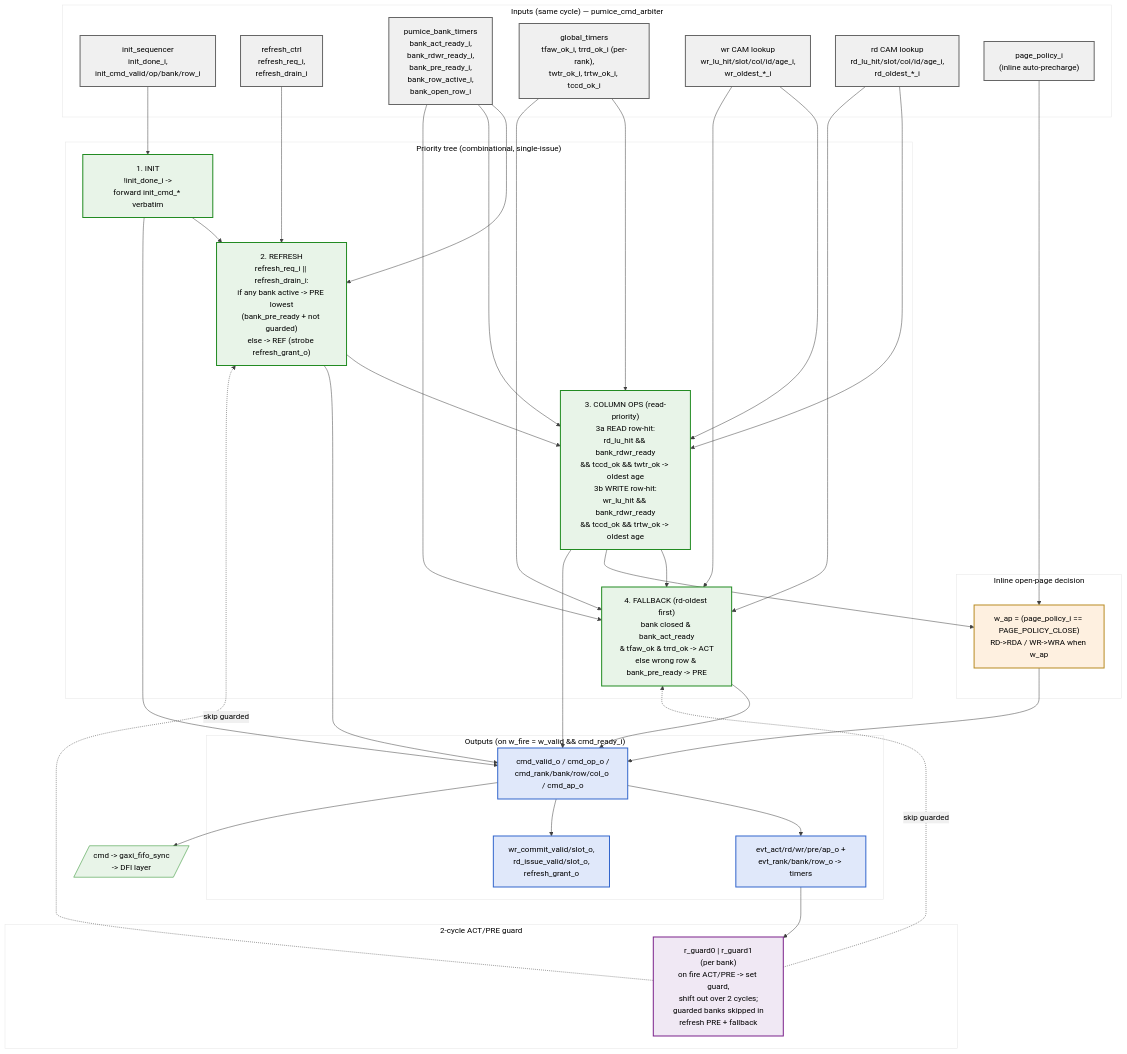
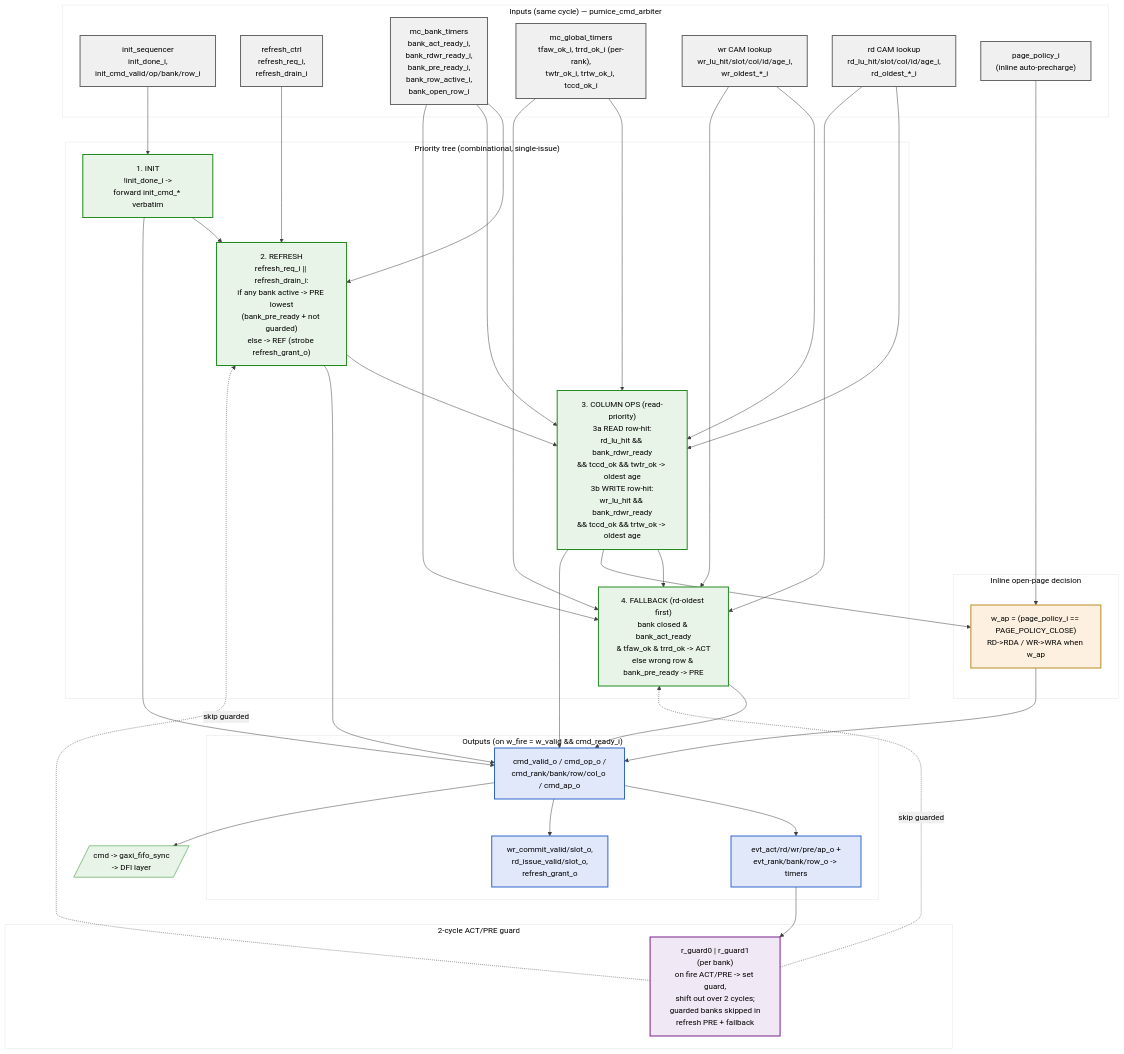
One commit to sean-galloway/RTLDesignSherpa changed the diagram in projects/components/mem-ctrl-ip/research-ip/pumice-ddr2-lpddr2/docs/pumice_mas/assets/mermaid/05_scheduler_priority_pipeline.mmd. Above: the diagram before and after it, drawn with Mermaid. The commit also changed 100 other files, not shown here.

```diff
--- a/projects/components/mem-ctrl-ip/research-ip/pumice-ddr2-lpddr2/docs/pumice_mas/assets/mermaid/05_scheduler_priority_pipeline.mmd
+++ b/projects/components/mem-ctrl-ip/research-ip/pumice-ddr2-lpddr2/docs/pumice_mas/assets/mermaid/05_scheduler_priority_pipeline.mmd
@@ -1,75 +1,75 @@
 %%{init: {'theme': 'base', 'themeVariables': { 'primaryColor': '#e8f4e8', 'primaryTextColor': '#000', 'primaryBorderColor': '#228B22', 'lineColor': '#404040', 'secondaryColor': '#f0f0f0', 'tertiaryColor': '#fff'}}}%%
 flowchart TB
     subgraph IN["Inputs (same cycle) — pumice_cmd_arbiter"]
         initin["init_sequencer<br/>init_done_i,<br/>init_cmd_valid/op/bank/row_i"]
         refin["refresh_ctrl<br/>refresh_req_i,<br/>refresh_drain_i"]
-        bankrdy["pumice_bank_timers<br/>bank_act_ready_i,<br/>bank_rdwr_ready_i,<br/>bank_pre_ready_i,<br/>bank_row_active_i,<br/>bank_open_row_i"]
-        globrdy["global_timers<br/>tfaw_ok_i, trrd_ok_i (per-rank),<br/>twtr_ok_i, trtw_ok_i, tccd_ok_i"]
+        bankrdy["mc_bank_timers<br/>bank_act_ready_i,<br/>bank_rdwr_ready_i,<br/>bank_pre_ready_i,<br/>bank_row_active_i,<br/>bank_open_row_i"]
+        globrdy["mc_global_timers<br/>tfaw_ok_i, trrd_ok_i (per-rank),<br/>twtr_ok_i, trtw_ok_i, tccd_ok_i"]
         wrlu["wr CAM lookup<br/>wr_lu_hit/slot/col/id/age_i,<br/>wr_oldest_*_i"]
         rdlu["rd CAM lookup<br/>rd_lu_hit/slot/col/id/age_i,<br/>rd_oldest_*_i"]
         cfg["page_policy_i<br/>(inline auto-precharge)"]
     end
 
     subgraph PRIO["Priority tree (combinational, single-issue)"]
         p1["1. INIT<br/>!init_done_i -><br/>forward init_cmd_* verbatim"]
         p2["2. REFRESH<br/>refresh_req_i || refresh_drain_i:<br/>if any bank active -> PRE lowest<br/>(bank_pre_ready + not guarded)<br/>else -> REF (strobe refresh_grant_o)"]
         p3["3. COLUMN OPS (read-priority)<br/>3a READ row-hit:<br/>rd_lu_hit && bank_rdwr_ready<br/>&& tccd_ok && twtr_ok -> oldest age<br/>3b WRITE row-hit:<br/>wr_lu_hit && bank_rdwr_ready<br/>&& tccd_ok && trtw_ok -> oldest age"]
         p4["4. FALLBACK (rd-oldest first)<br/>bank closed & bank_act_ready<br/>& tfaw_ok & trrd_ok -> ACT<br/>else wrong row & bank_pre_ready -> PRE"]
     end
 
     subgraph AP["Inline open-page decision"]
         apbit["w_ap = (page_policy_i == PAGE_POLICY_CLOSE)<br/>RD->RDA / WR->WRA when w_ap"]
     end
 
     subgraph GUARD["2-cycle ACT/PRE guard"]
         g["r_guard0 | r_guard1<br/>(per bank)<br/>on fire ACT/PRE -> set guard,<br/>shift out over 2 cycles;<br/>guarded banks skipped in<br/>refresh PRE + fallback"]
     end
 
     subgraph OUTB["Outputs (on w_fire = w_valid && cmd_ready_i)"]
         cmd["cmd_valid_o / cmd_op_o /<br/>cmd_rank/bank/row/col_o / cmd_ap_o"]
         evt["evt_act/rd/wr/pre/ap_o +<br/>evt_rank/bank/row_o -> timers"]
         commit["wr_commit_valid/slot_o,<br/>rd_issue_valid/slot_o,<br/>refresh_grant_o"]
     end
 
     initin --> p1
     refin --> p2
     bankrdy --> p2
     bankrdy --> p3
     bankrdy --> p4
     globrdy --> p3
     globrdy --> p4
     wrlu --> p3
     rdlu --> p3
     wrlu --> p4
     rdlu --> p4
 
     p1 --> p2
     p2 --> p3
     p3 --> p4
 
     cfg --> apbit
     p3 --> apbit
     g -.skip guarded.-> p2
     g -.skip guarded.-> p4
 
     p1 --> cmd
     p2 --> cmd
     p3 --> cmd
     p4 --> cmd
     apbit --> cmd
     cmd --> evt
     cmd --> commit
     evt --> g
     cmd --> FIFO[/"cmd -> gaxi_fifo_sync<br/>-> DFI layer"/]
 
     classDef inblock fill:#f0f0f0,stroke:#666666,stroke-width:2px
     classDef prio fill:#e8f4e8,stroke:#228B22,stroke-width:2px
     classDef apb fill:#fef0e0,stroke:#B88B22,stroke-width:2px
     classDef guard fill:#f0e8f4,stroke:#7B228B,stroke-width:2px
     classDef outblock fill:#e0e8fa,stroke:#3366CC,stroke-width:2px
 
     class initin,refin,bankrdy,globrdy,wrlu,rdlu,cfg inblock
     class p1,p2,p3,p4 prio
     class apbit apb
     class g guard
     class cmd,evt,commit outblock
```
